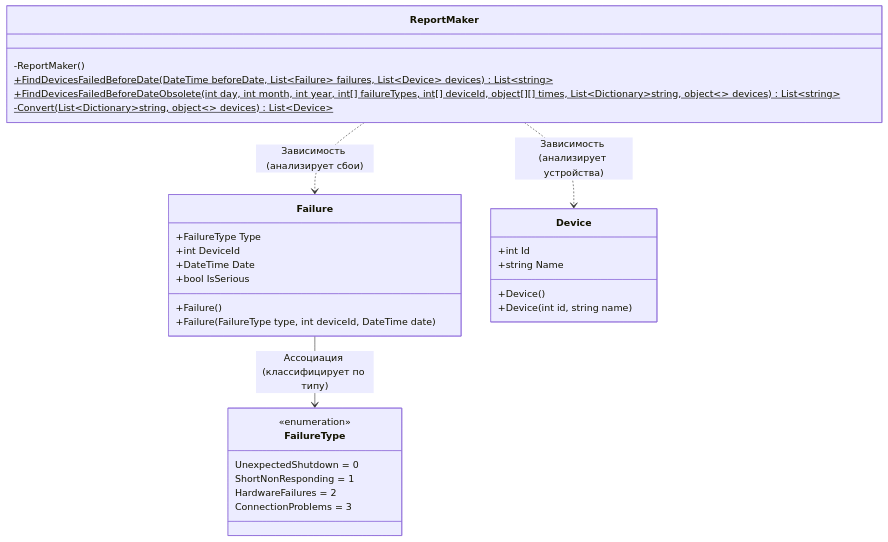
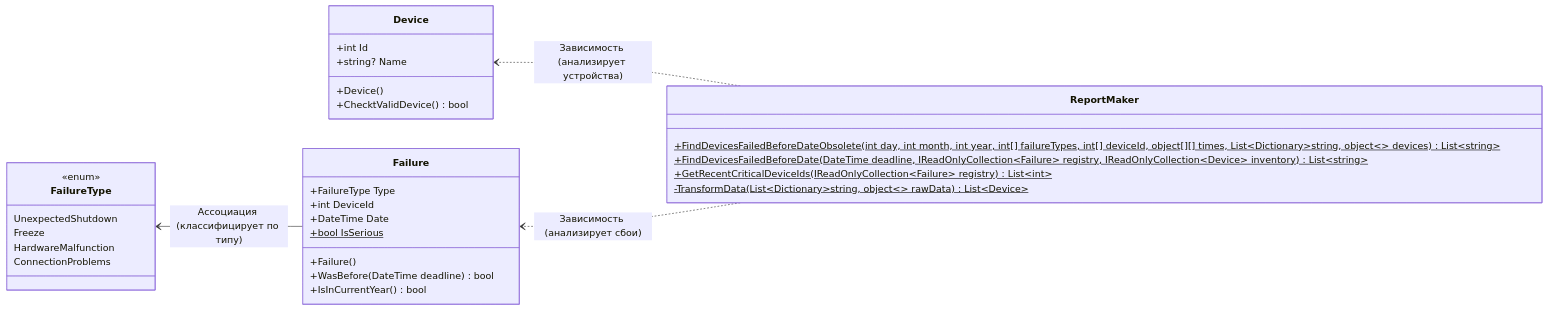
One commit to BulatovIlya/practica changed the diagram in sboi.md. Above: the diagram before and after it, drawn with Mermaid.

Commit message:
Update sboi.md
new

````diff
--- a/sboi.md
+++ b/sboi.md
@@ -12,37 +12,41 @@
 ```mermaid
 classDiagram
+    direction RL
+
     class FailureType {
-        <<enumeration>>
-        UnexpectedShutdown = 0
-        ShortNonResponding = 1
-        HardwareFailures = 2
-        ConnectionProblems = 3
+        <<enum>>
+        UnexpectedShutdown
+        Freeze
+        HardwareMalfunction
+        ConnectionProblems
+    }
+
+    class Device {
+        +int Id 
+        +string? Name 
+        +Device()
+        +СhecktValidDevice() bool
     }
 
     class Failure {
-        +FailureType Type
-        +int DeviceId
-        +DateTime Date
-        +bool IsSerious
+        +FailureType Type 
+        +int DeviceId 
+        +DateTime Date 
+        +bool IsSerious$
         +Failure()
-        +Failure(FailureType type, int deviceId, DateTime date)
-    }
-
-    class Device {
-        +int Id
-        +string Name
-        +Device()
-        +Device(int id, string name)
+        +WasBefore(DateTime deadline) bool
+        +IsInCurrentYear() bool
     }
 
     class ReportMaker {
-        -ReportMaker()
-        +FindDevicesFailedBeforeDate(DateTime beforeDate, List~Failure~ failures, List~Device~ devices) List~string~$
-        +FindDevicesFailedBeforeDateObsolete(int day, int month, int year, int[] failureTypes, int[] deviceId, object[][] times, List~Dictionary~string, object~~ devices) List~string~$
-        -Convert(List~Dictionary~string, object~~ devices) List~Device~$
+        +FindDevicesFailedBeforeDateObsolete(int day, int month, int year, int[] failureTypes, int[] deviceId, object[][] times, List~Dictionary~string, object~~ devices)$ List~string~
+        +FindDevicesFailedBeforeDate(DateTime deadline, IReadOnlyCollection~Failure~ registry, IReadOnlyCollection~Device~ inventory)$ List~string~
+        +GetRecentCriticalDeviceIds(IReadOnlyCollection~Failure~ registry)$ List~int~
+        -TransformData(List~Dictionary~string, object~~ rawData)$ List~Device~
     }
 
+    ReportMaker ..> Device : Зависимость (анализирует устройства)
     Failure --> FailureType : Ассоциация (классифицирует по типу)
     ReportMaker ..> Failure : Зависимость (анализирует сбои)
-    ReportMaker ..> Device : Зависимость (анализирует устройства)
+    
 ```
````
